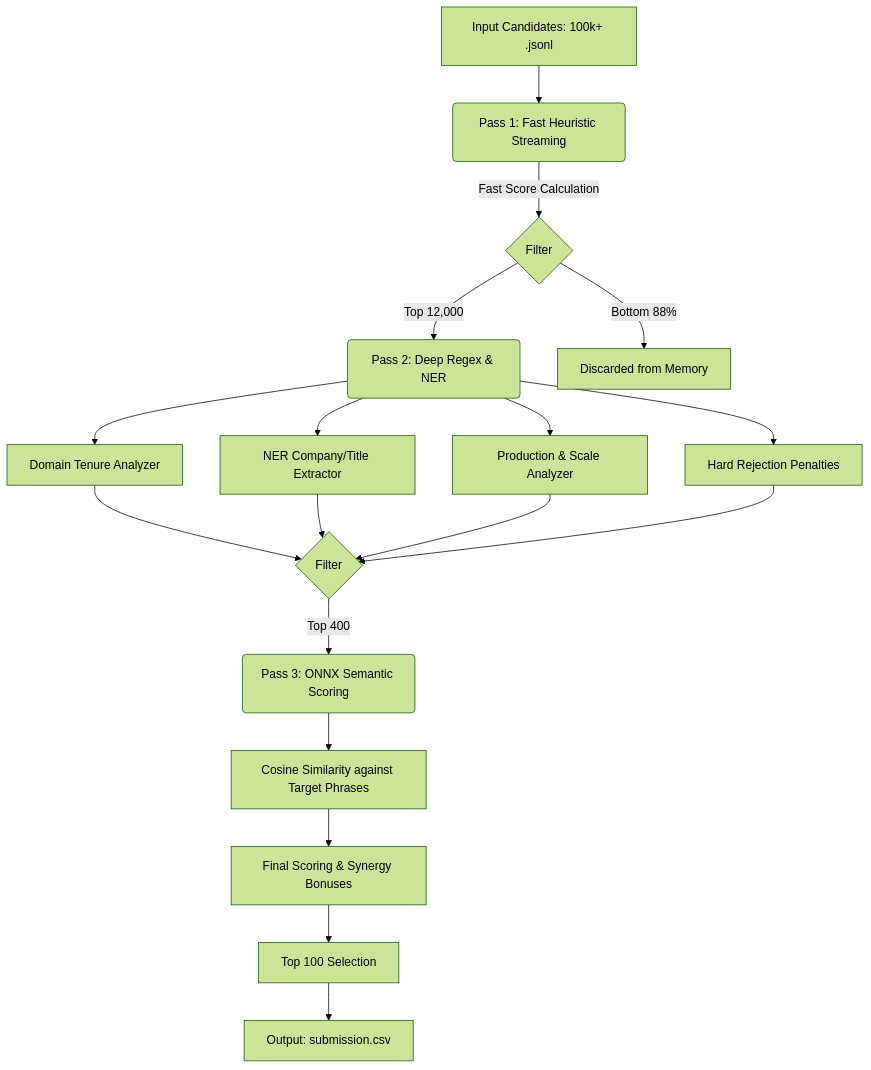
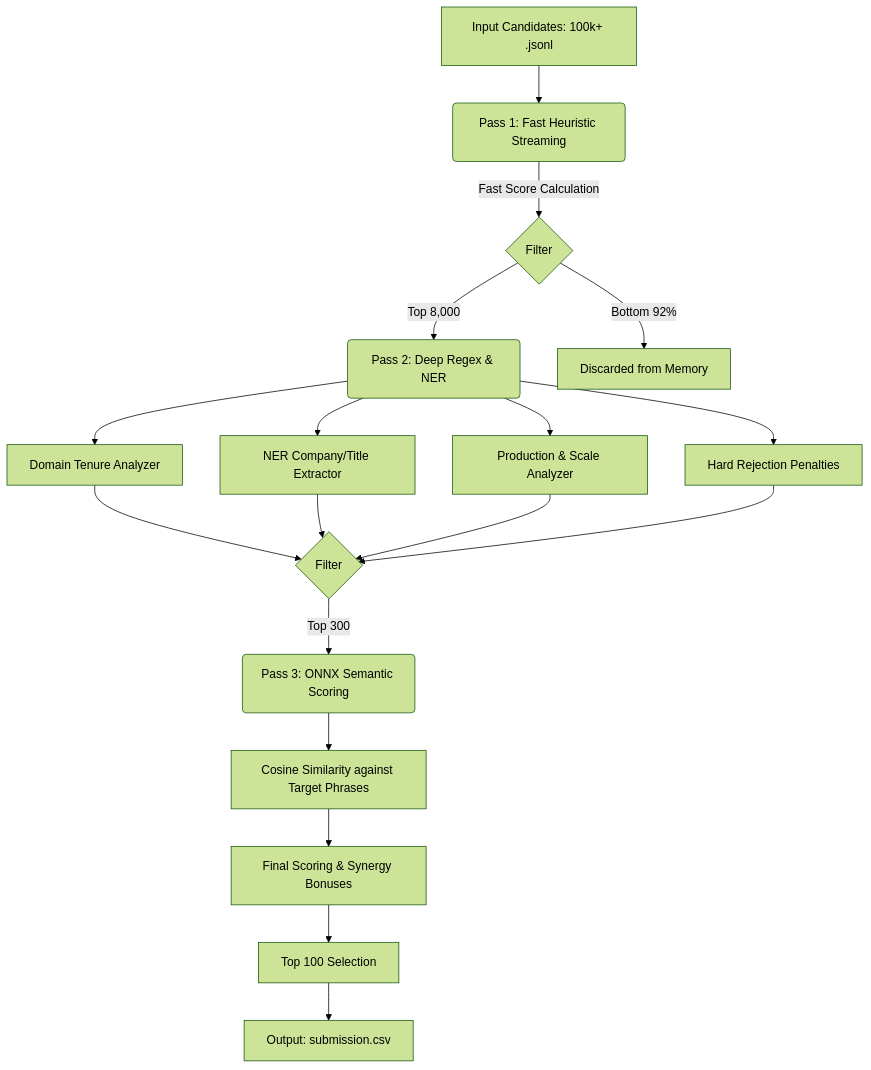
One commit to girinath01/india-runs changed the diagram in README.md. Above: the diagram before and after it, drawn with Mermaid (forest theme). The commit also changed other lines of this file and 2 other files, not shown here.

Commit message:
Update pool sizes to 8,000 and 300 for faster execution

````diff
--- a/README.md
+++ b/README.md
@@ -21,19 +21,19 @@
 ```mermaid
 graph TD
     A[Input Candidates: 100k+ .jsonl] --> B(Pass 1: Fast Heuristic Streaming)
     B -->|Fast Score Calculation| C{Filter}
-    C -->|Top 12,000| D(Pass 2: Deep Regex & NER)
-    C -->|Bottom 88%| E[Discarded from Memory]
+    C -->|Top 8,000| D(Pass 2: Deep Regex & NER)
+    C -->|Bottom 92%| E[Discarded from Memory]
     
     D --> F[Domain Tenure Analyzer]
     D --> G[NER Company/Title Extractor]
     D --> H[Production & Scale Analyzer]
     D --> I[Hard Rejection Penalties]
     
     F & G & H & I --> J{Filter}
-    J -->|Top 400| K(Pass 3: ONNX Semantic Scoring)
+    J -->|Top 300| K(Pass 3: ONNX Semantic Scoring)
     K --> L[Cosine Similarity against Target Phrases]
     L --> M[Final Scoring & Synergy Bonuses]
     M --> N[Top 100 Selection]
     N --> O[Output: submission.csv]
 ```
````
